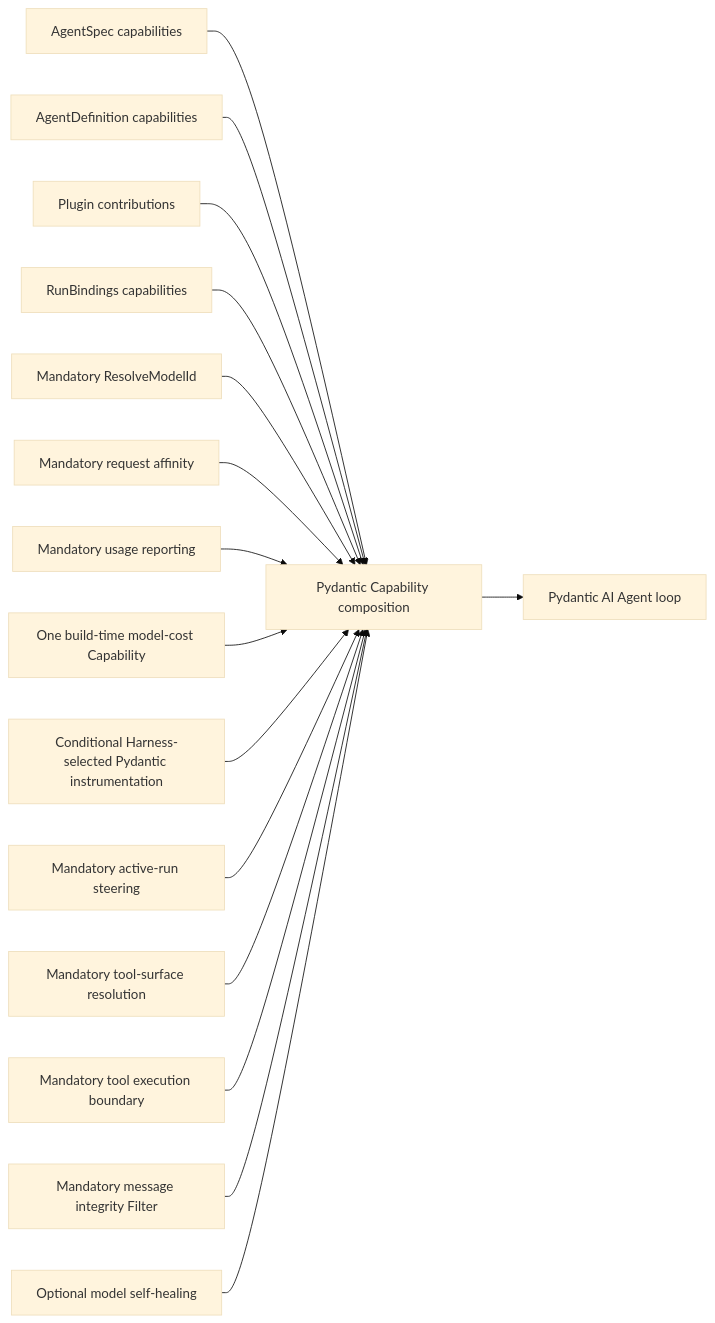
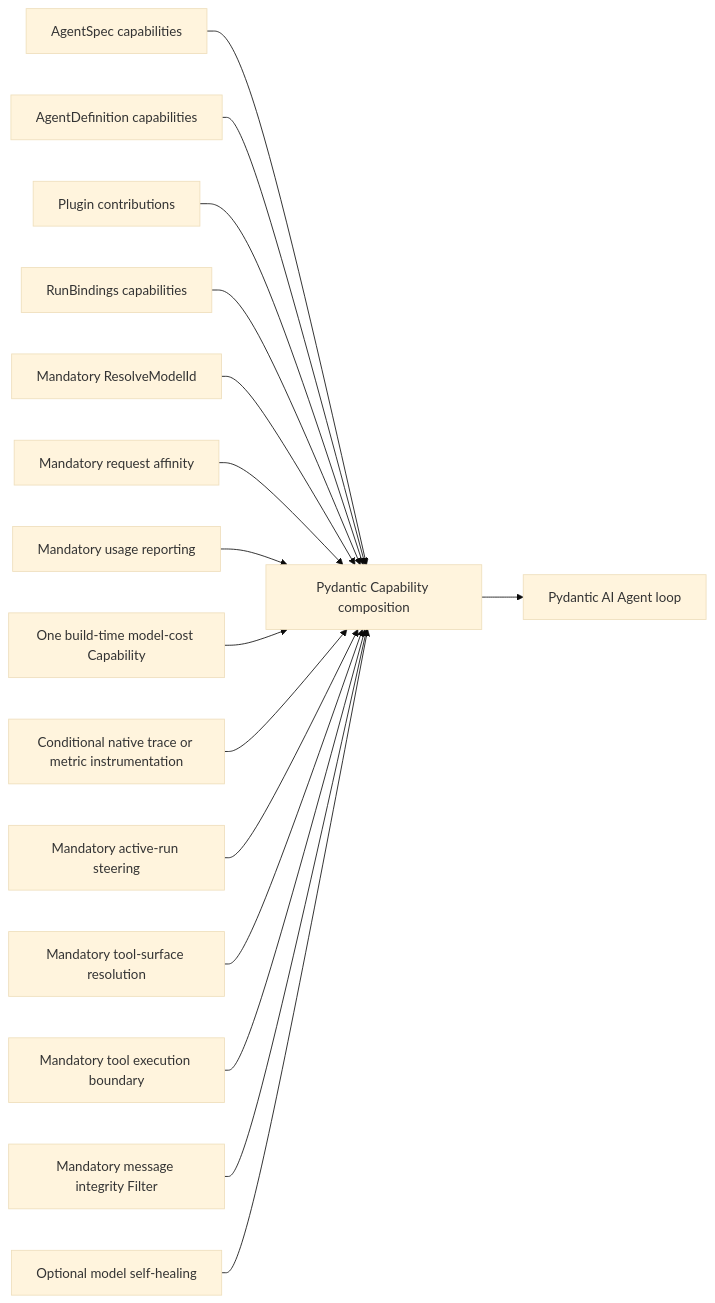
Before and after one commit to LTThreeComma/agent-foundation: the diagram in spec/agent-harness/17-core-capability-catalog.md, drawn with Mermaid (base theme). The commit also changed other lines of this file and 26 other files, not shown here.

````diff
--- a/spec/agent-harness/17-core-capability-catalog.md
+++ b/spec/agent-harness/17-core-capability-catalog.md
@@ -66,18 +66,18 @@
 ```mermaid
 flowchart LR
     Spec[AgentSpec capabilities] --> PAI[Pydantic Capability composition]
     Build[AgentDefinition capabilities] --> PAI
     Plugin[Plugin contributions] --> PAI
     Run[RunBindings capabilities] --> PAI
     Resolver[Mandatory ResolveModelId] --> PAI
     Affinity[Mandatory request affinity] --> PAI
     Usage[Mandatory usage reporting] --> PAI
     Pricing[One build-time model-cost Capability] --> PAI
-    Observation[Conditional Harness-selected Pydantic instrumentation] --> PAI
+    Observation[Conditional native trace or metric instrumentation] --> PAI
     Steering[Mandatory active-run steering] --> PAI
     Surface[Mandatory tool-surface resolution] --> PAI
     Boundary[Mandatory tool execution boundary] --> PAI
     Integrity[Mandatory message integrity Filter] --> PAI
     SelfHealing[Optional model self-healing] --> PAI
     PAI --> Agent[Pydantic AI Agent loop]
 ```
````
